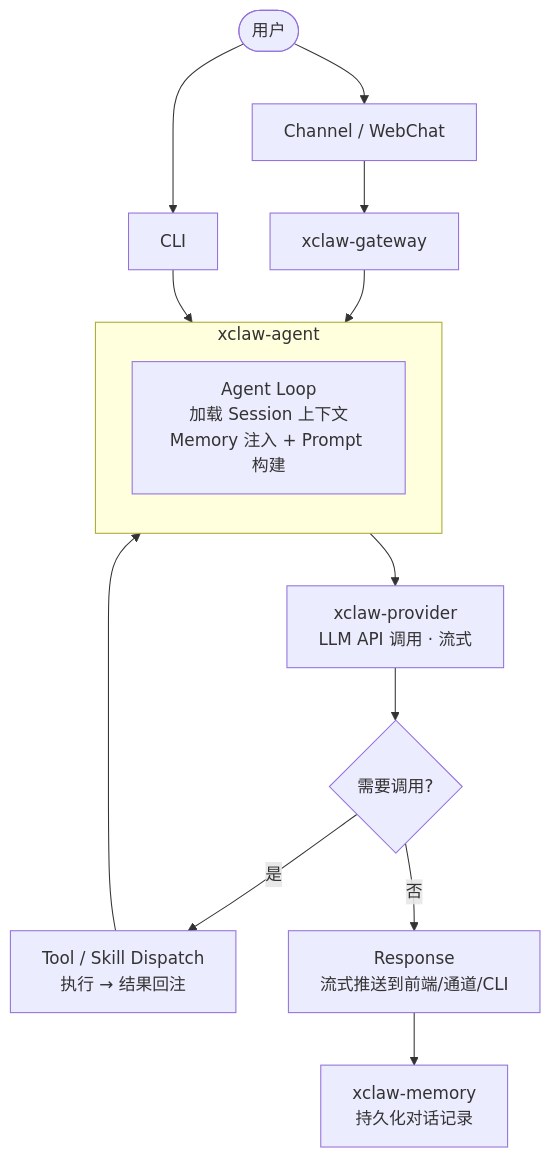
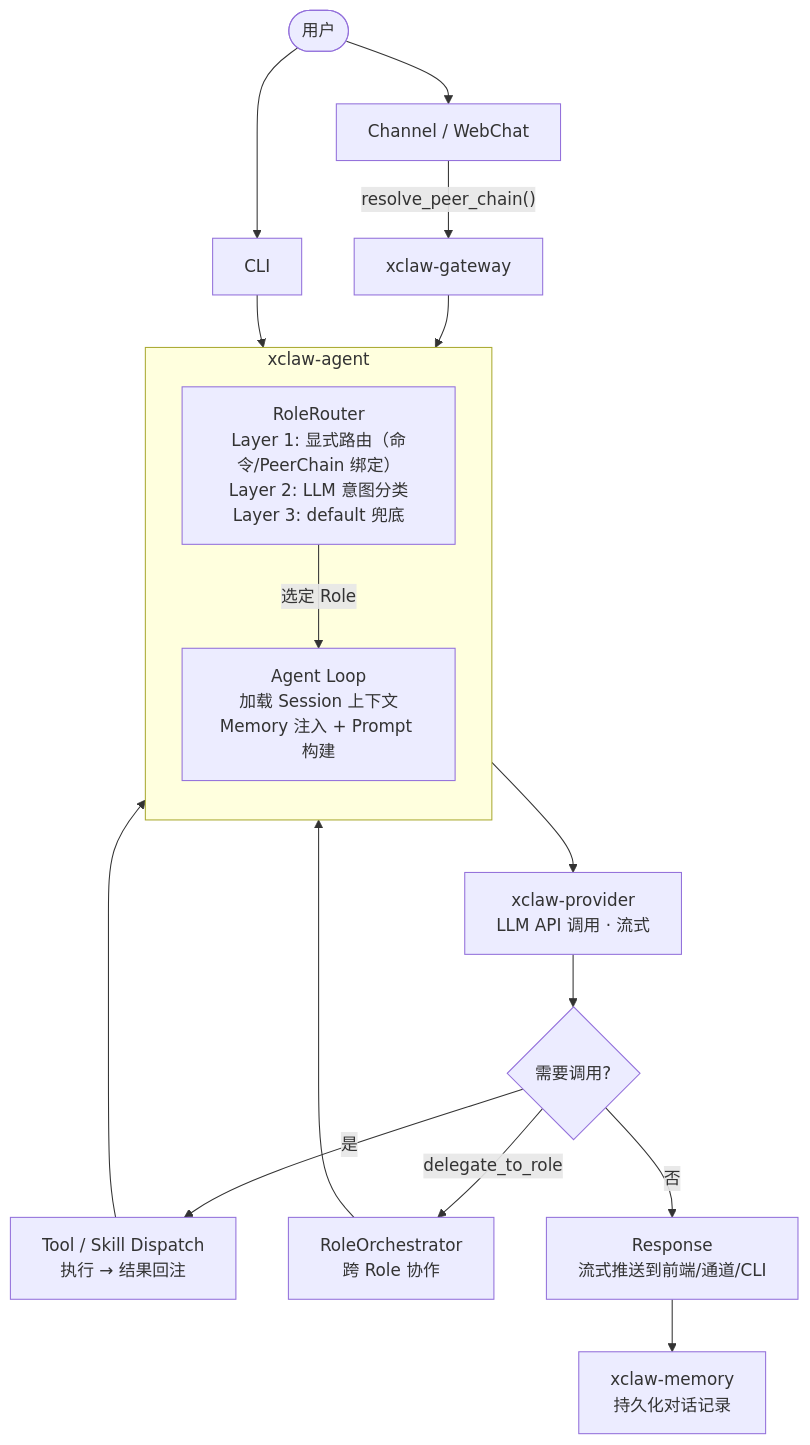
The seventh of 8 diagrams in docs/architecture/ARCHITECTURE.md (zhou533/xClaw), drawn with Mermaid before and after one commit. The commit also changed other lines of this file and 3 other files, not shown here.

First line of the commit message:
docs: consolidate xclaw-role into xclaw-memory and xclaw-agent

````diff
--- a/docs/architecture/ARCHITECTURE.md
+++ b/docs/architecture/ARCHITECTURE.md
@@ -715,21 +890,24 @@
 ```mermaid
 flowchart TD
   User([用户])
   User --> CH[Channel / WebChat]
   User --> CLI[CLI]
-  CH --> GW[xclaw-gateway]
-  GW --> Agent
-  CLI --> Agent
+  CH --> |"resolve_peer_chain()"| GW[xclaw-gateway]
+  GW --> Router
+  CLI --> Router
 
-  subgraph Agent[xclaw-agent]
+  subgraph xclaw-agent
     direction TB
-    AL[Agent Loop\n加载 Session 上下文\nMemory 注入 + Prompt 构建]
+    Router["RoleRouter\nLayer 1: 显式路由（命令/PeerChain 绑定）\nLayer 2: LLM 意图分类\nLayer 3: default 兜底"]
+    Router --> |选定 Role| AL[Agent Loop\n加载 Session 上下文\nMemory 注入 + Prompt 构建]
   end
 
-  Agent --> Provider[xclaw-provider\nLLM API 调用 · 流式]
+  AL --> Provider[xclaw-provider\nLLM API 调用 · 流式]
   Provider --> Dispatch{需要调用?}
   Dispatch -- 是 --> TS[Tool / Skill Dispatch\n执行 → 结果回注]
-  TS --> Agent
+  Dispatch -- "delegate_to_role" --> Orch[RoleOrchestrator\n跨 Role 协作]
+  Orch --> AL
+  TS --> AL
   Dispatch -- 否 --> Resp[Response\n流式推送到前端/通道/CLI]
   Resp --> Memory[xclaw-memory\n持久化对话记录]
 ```
````
